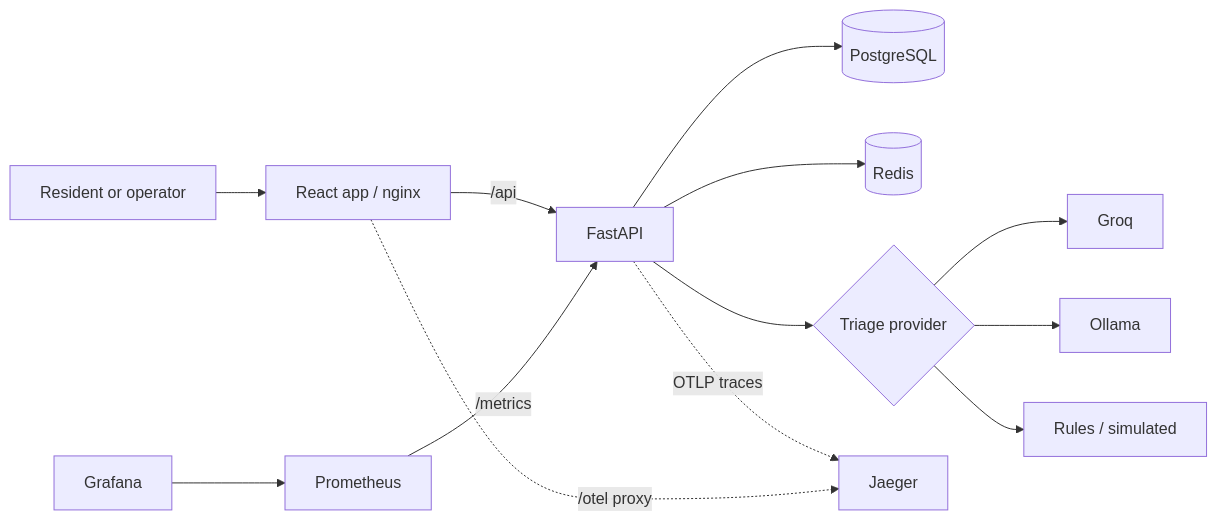
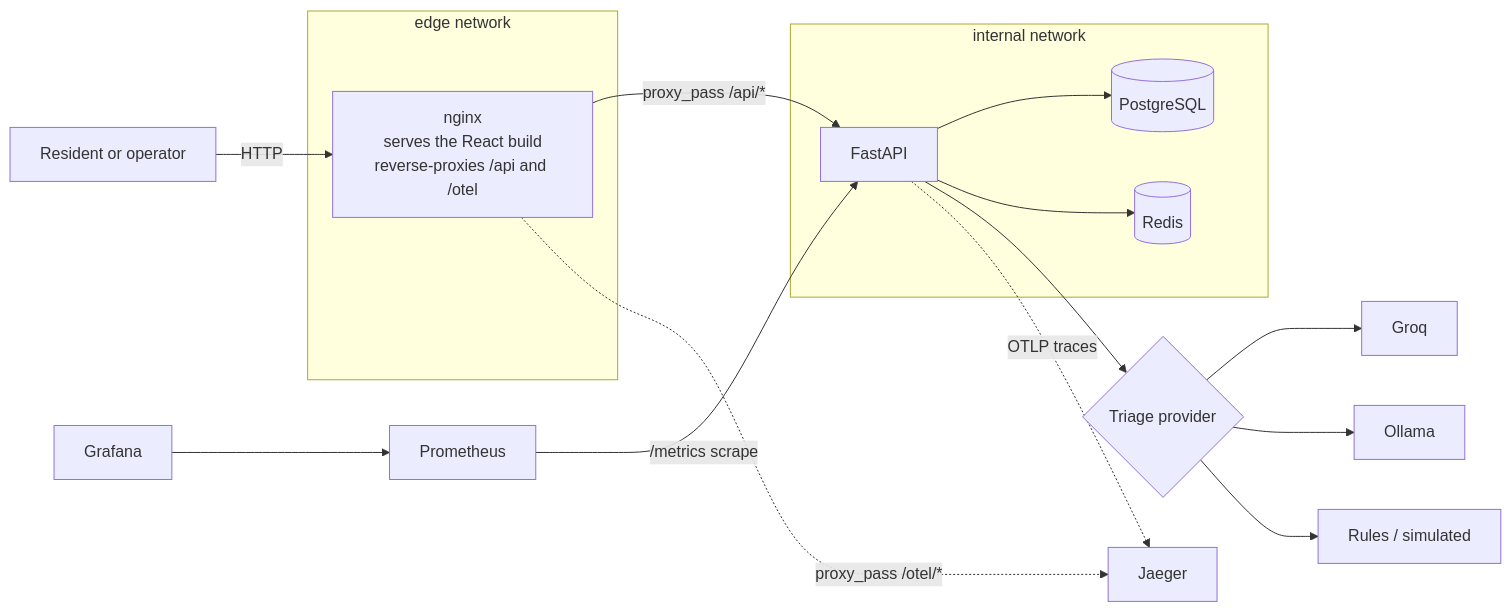
Before and after one commit to M-Hasaam/CivicPulse: the first of 2 diagrams in README.md, drawn with Mermaid. The commit also changed other lines of this file, not shown here.

Commit message:
docs(readme): make nginx's reverse-proxy role and network segmentation explicit in the architecture diagram
The Mermaid diagram already routed /api through frontend, but the edge
label alone read as a thin annotation rather than the actual
proxy_pass mechanism nginx implements (frontend/nginx.conf). Make it a
first-class part of the diagram: label the frontend node with what it
actually does (serves the React build, reverse-proxies /api and
/otel), and draw the edge/internal network boundary from compose.yaml
around the nodes it actually separates, since that segmentation is
also something this repo demonstrates live, not just claims.

````diff
--- a/README.md
+++ b/README.md
@@ -175,15 +175,26 @@
 ```mermaid
 flowchart LR
-    user[Resident or operator] --> frontend[React app / nginx]
-    frontend -->|/api| backend[FastAPI]
-    backend --> postgres[(PostgreSQL)]
-    backend --> redis[(Redis)]
+    user[Resident or operator] -->|HTTP| frontend
+
+    subgraph edgenet["edge network"]
+        frontend["nginx<br/>serves the React build<br/>reverse-proxies /api and /otel"]
+    end
+
+    subgraph internalnet["internal network"]
+        backend[FastAPI]
+        postgres[(PostgreSQL)]
+        redis[(Redis)]
+    end
+
+    frontend -->|"proxy_pass /api/*"| backend
+    backend --> postgres
+    backend --> redis
     backend --> triage{Triage provider}
     triage --> groq[Groq]
     triage --> ollama[Ollama]
     triage --> rules[Rules / simulated]
-    prometheus[Prometheus] -->|/metrics| backend
+    prometheus[Prometheus] -->|/metrics scrape| backend
     grafana[Grafana] --> prometheus
     backend -.->|OTLP traces| jaeger[Jaeger]
-    frontend -.->|/otel proxy| jaeger
+    frontend -.->|"proxy_pass /otel/*"| jaeger
 ```
````
